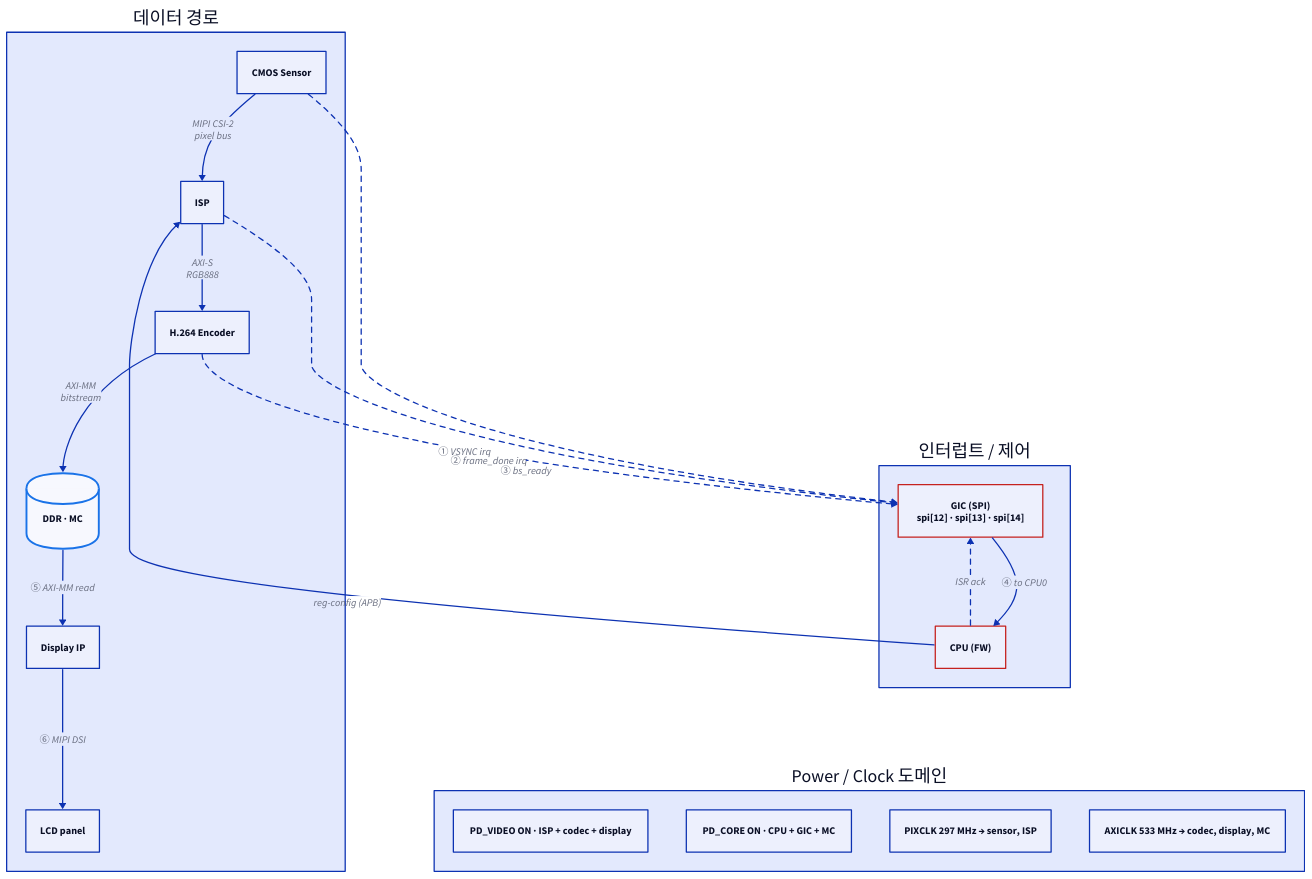
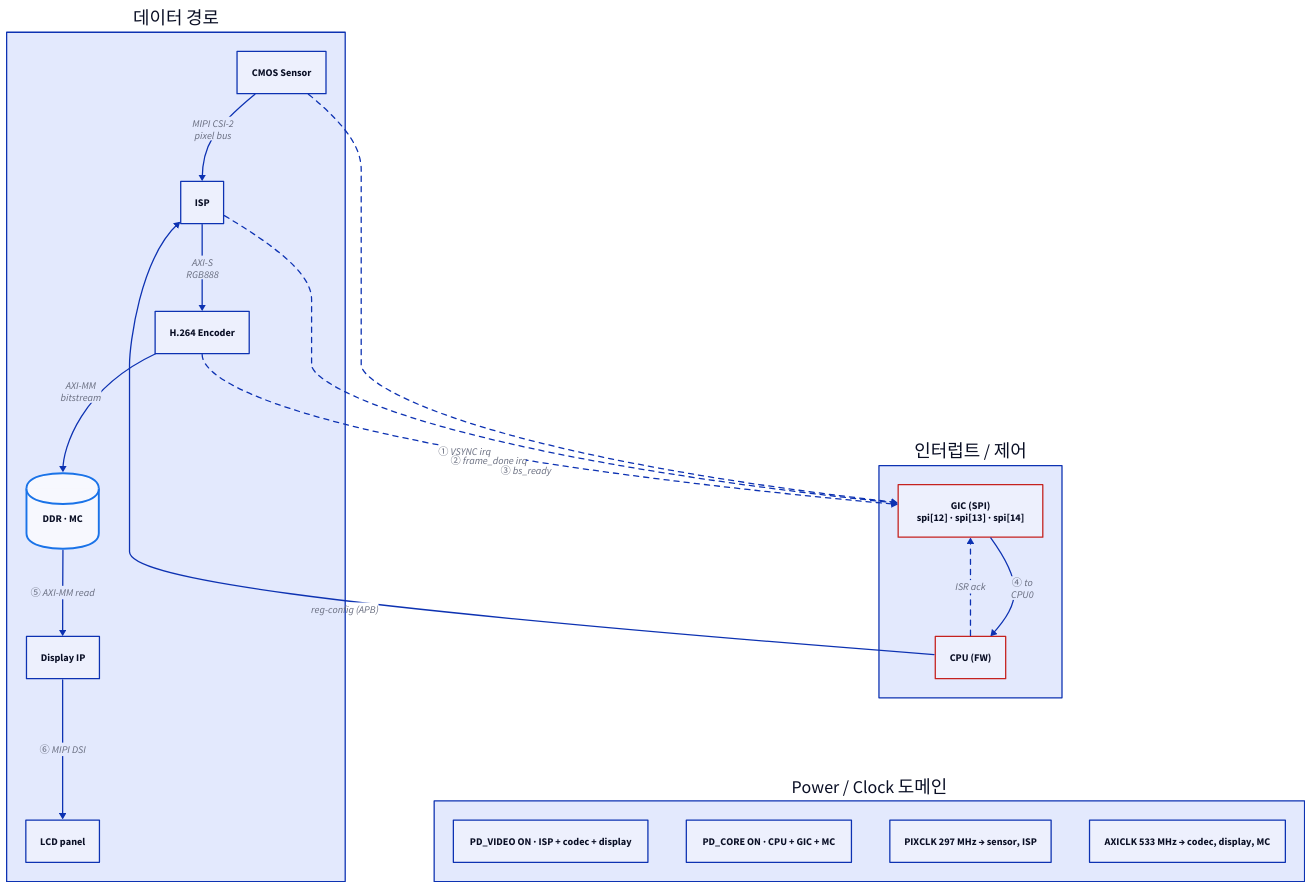
Before and after one commit to humbleowl39/DV_SKOOL: the second of 4 diagrams in starlight_site/src/content/docs/soc_integration_cctv/01_soc_top_integration.md, drawn with D2. The commit also changed 714 other files, not shown here.

First line of the commit message:
fix(site): d2 다이어그램 가독성 결함 6종 일괄 수정

````diff
--- a/starlight_site/src/content/docs/soc_integration_cctv/01_soc_top_integration.md
+++ b/starlight_site/src/content/docs/soc_integration_cctv/01_soc_top_integration.md
@@ -89,40 +89,40 @@
 ```d2
 direction: down
 
 DATA: "데이터 경로" {
   direction: right
   SENSOR: CMOS Sensor
   ISP: ISP
   CODEC: H.264 Encoder
   DDR: "DDR · MC" { shape: cylinder; style.stroke: "#1a73e8"; style.stroke-width: 3 }
   DISP: Display IP
   LCD: LCD panel
 
   SENSOR -> ISP: "MIPI CSI-2\npixel bus"
   ISP -> CODEC: "AXI-S\nRGB888"
   CODEC -> DDR: "AXI-MM\nbitstream"
   DDR -> DISP: "⑤ AXI-MM read"
   DISP -> LCD: "⑥ MIPI DSI"
 }
 
 CTRL: "인터럽트 / 제어" {
   direction: right
   GIC: "GIC (SPI)\nspi[12] · spi[13] · spi[14]" { style.stroke: "#c5221f"; style.stroke-width: 2 }
   CPU: "CPU (FW)" { style.stroke: "#c5221f"; style.stroke-width: 2 }
-  GIC -> CPU: "④ to CPU0"
+  GIC -> CPU: "④ to\nCPU0"
 }
 
 PWR_CLK: "Power / Clock 도메인" {
   PD_VIDEO: "PD_VIDEO ON · ISP + codec + display"
   PD_CORE: "PD_CORE ON · CPU + GIC + MC"
   PIXCLK: "PIXCLK 297 MHz → sensor, ISP"
   AXICLK: "AXICLK 533 MHz → codec, display, MC"
 }
 
 DATA.SENSOR -> CTRL.GIC: "① VSYNC irq" { style.stroke-dash: 4 }
 DATA.ISP -> CTRL.GIC: "② frame_done irq" { style.stroke-dash: 4 }
 DATA.CODEC -> CTRL.GIC: "③ bs_ready" { style.stroke-dash: 4 }
 CTRL.CPU -> DATA.ISP: "reg-config (APB)"
 CTRL.CPU -> CTRL.GIC: "ISR ack" { style.stroke-dash: 4 }
 CTRL -> PWR_CLK: { style.opacity: 0.0 }
 ```
````
